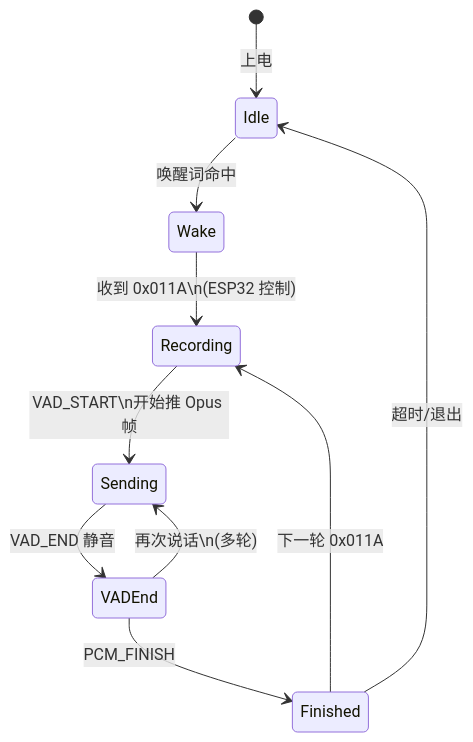
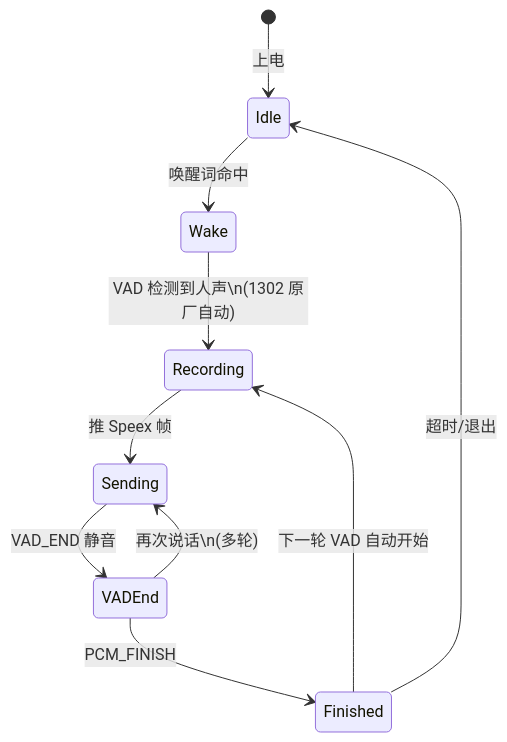
The second of 4 diagrams in docs/ci1302_protocol_flow.md (xlc12/ESP32-XIAOZHI-YCSC), drawn with Mermaid before and after one commit. The commit also changed other lines of this file and 96 other files, not shown here.

First line of the commit message:
feat: CI1302 上行 Speex 解码 + Opus 编码（替换旧实现）

````diff
--- a/docs/ci1302_protocol_flow.md
+++ b/docs/ci1302_protocol_flow.md
@@ -85,12 +87,12 @@
 ```mermaid
 stateDiagram-v2
     [*] --> Idle: 上电
     Idle --> Wake: 唤醒词命中
-    Wake --> Recording: 收到 0x011A\n(ESP32 控制)
-    Recording --> Sending: VAD_START\n开始推 Opus 帧
+    Wake --> Recording: VAD 检测到人声\n(1302 原厂自动)
+    Recording --> Sending: 推 Speex 帧
     Sending --> VADEnd: VAD_END 静音
     VADEnd --> Sending: 再次说话\n(多轮)
     VADEnd --> Finished: PCM_FINISH
-    Finished --> Recording: 下一轮 0x011A
+    Finished --> Recording: 下一轮 VAD 自动开始
     Finished --> Idle: 超时/退出
 ```
````
